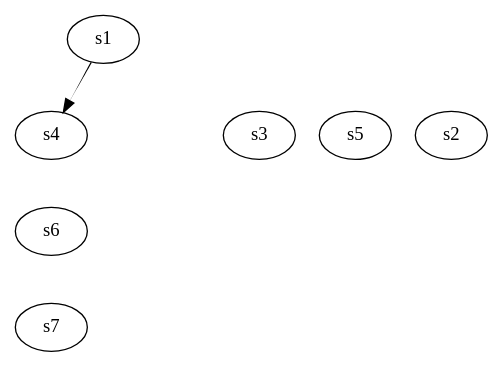
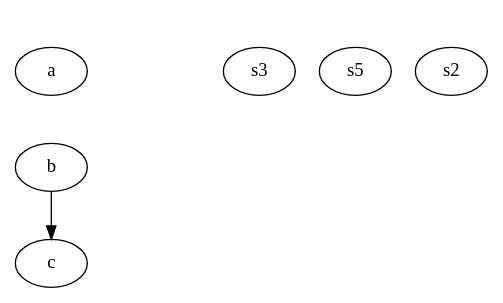
Before and after one commit to sisyphus1212/note: the diagram in dpdk/内存管理.md, drawn with Graphviz.

Commit message:
auto_update

````diff
--- a/dpdk/内存管理.md
+++ b/dpdk/内存管理.md
@@ -16,18 +16,17 @@
 ```graphviz
 digraph {
-	s1 -> s4 [style = tapered];
-	s4 -> s6 [style = invis];
-	s6 -> s7 [style = invis;];
-	s1 -> start [style = invis;];
+	edge [style="invis"]
+	a -> b
+	b -> c [style=""]
     subgraph {
         rankdir = LR;
         rank = same;
         start [style = invis;];
         start -> s3 [style = invis;];
         s3 -> s2 [style = invis;];
         s3 -> s5 [style = invis;];
     }
 }
 
 
 ```
````
